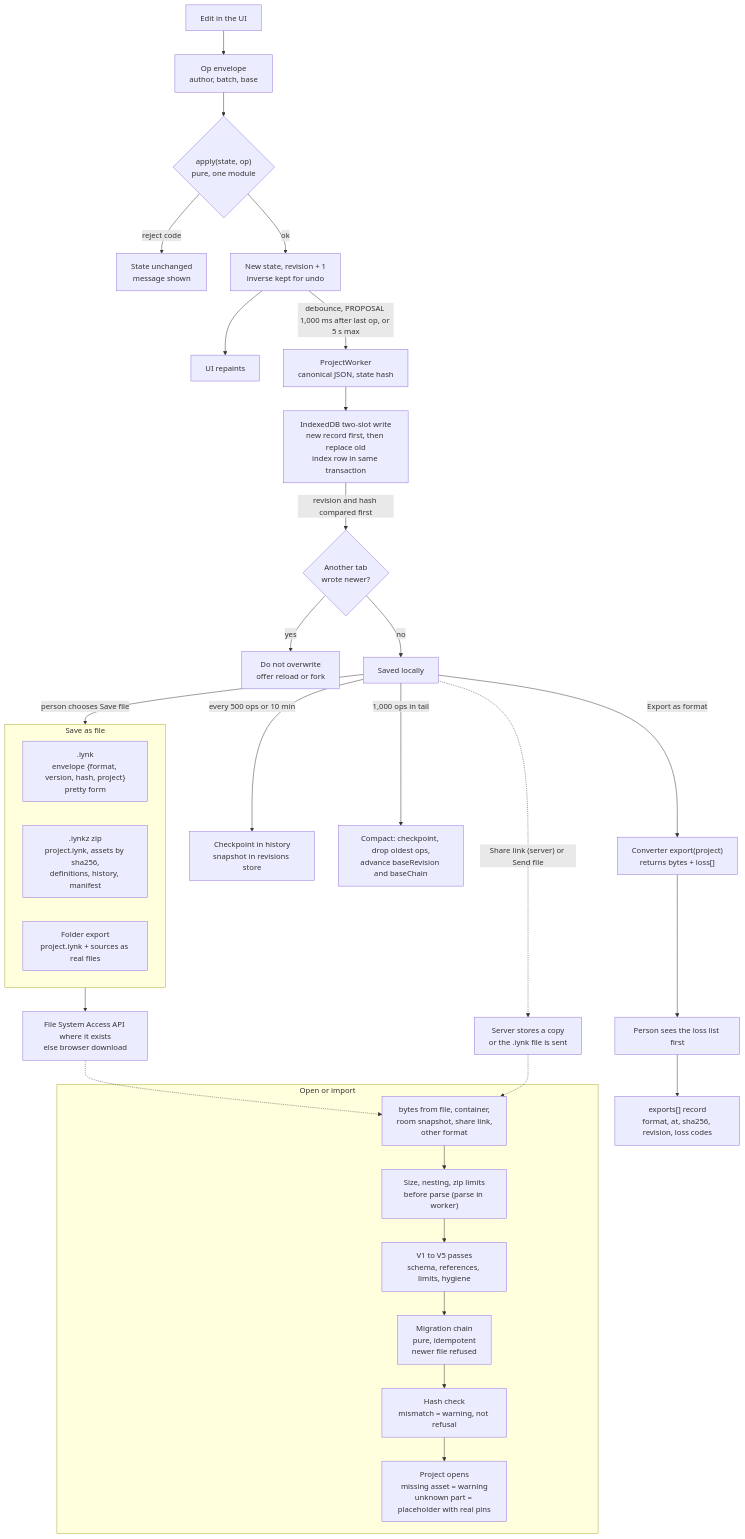
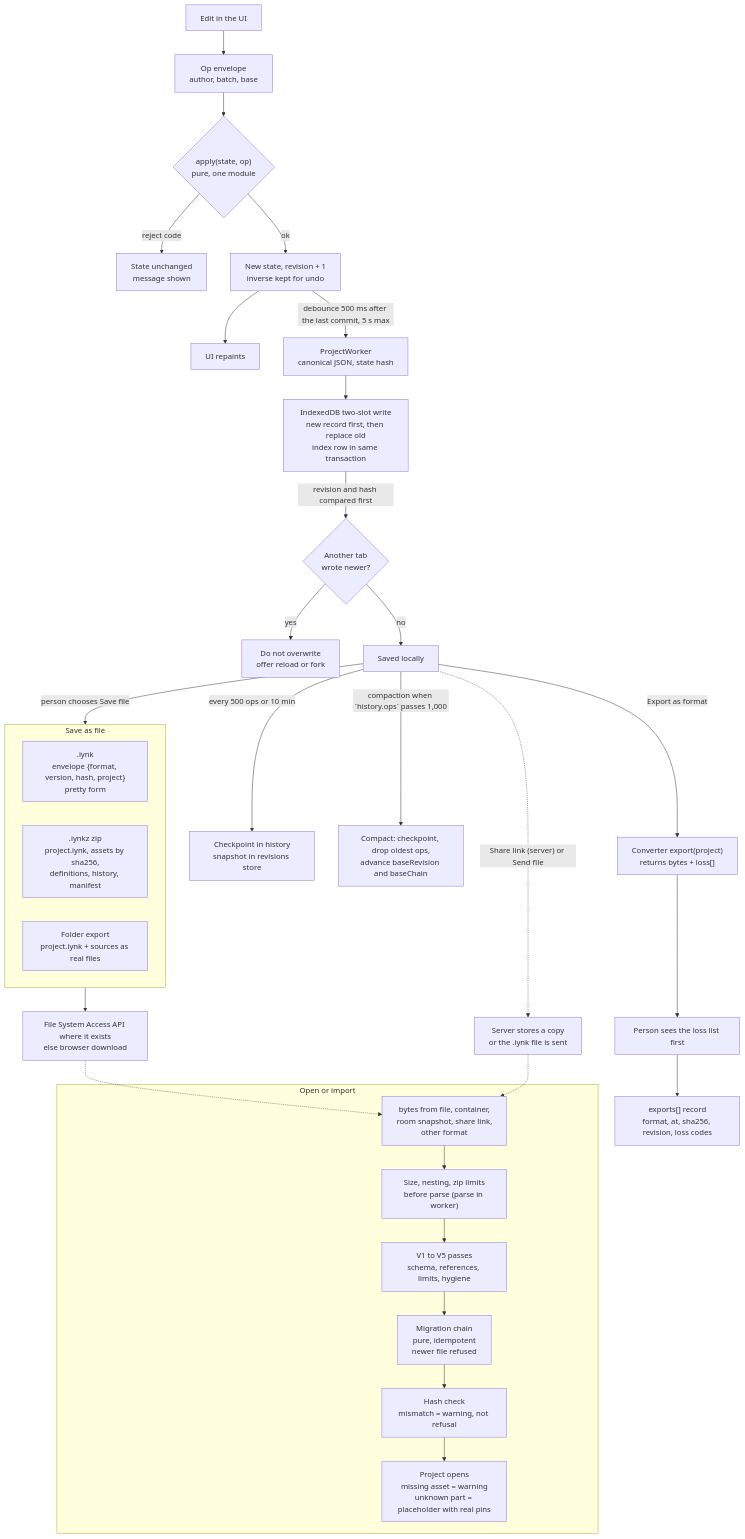
Before and after one commit to kushwahaamar-dev/iynk: diagram 13 of 16 in docs/MASTER_PLAN/04_ARCHITECTURE/SYSTEM_DIAGRAMS.md, drawn with Mermaid. The commit also changed other lines of this file and 104 other files, not shown here.

````diff
--- a/docs/MASTER_PLAN/04_ARCHITECTURE/SYSTEM_DIAGRAMS.md
+++ b/docs/MASTER_PLAN/04_ARCHITECTURE/SYSTEM_DIAGRAMS.md
@@ -709,35 +709,35 @@
 ```mermaid
 flowchart TB
   edit["Edit in the UI"] --> op["Op envelope<br/>author, batch, base"]
   op --> apply{"apply(state, op)<br/>pure, one module"}
   apply -->|"reject code"| keep["State unchanged<br/>message shown"]
   apply -->|"ok"| state["New state, revision + 1<br/>inverse kept for undo"]
   state --> ui["UI repaints"]
-  state -->|"debounce, PROPOSAL 1,000 ms after last op, or 5 s max"| pw["ProjectWorker<br/>canonical JSON, state hash"]
+  state -->|"debounce 500 ms after the last commit, 5 s max"| pw["ProjectWorker<br/>canonical JSON, state hash"]
   pw --> slot["IndexedDB two-slot write<br/>new record first, then replace old<br/>index row in same transaction"]
   slot -->|"revision and hash compared first"| tab{"Another tab<br/>wrote newer?"}
   tab -->|"yes"| conflict["Do not overwrite<br/>offer reload or fork"]
   tab -->|"no"| saved["Saved locally"]
   saved -->|"every 500 ops or 10 min"| cp["Checkpoint in history<br/>snapshot in revisions store"]
-  saved -->|"1,000 ops in tail"| compact["Compact: checkpoint, drop oldest ops,<br/>advance baseRevision and baseChain"]
+  saved -->|"compaction when `history.ops` passes 1,000"| compact["Compact: checkpoint, drop oldest ops,<br/>advance baseRevision and baseChain"]
   saved -->|"person chooses Save file"| fileout
   subgraph fileout["Save as file"]
     iynk[".iynk<br/>envelope {format, version, hash, project}<br/>pretty form"]
     iynkz[".iynkz zip<br/>project.iynk, assets by sha256,<br/>definitions, history, manifest"]
     folder["Folder export<br/>project.iynk + sources as real files"]
   end
   fileout --> fsa["File System Access API where it exists<br/>else browser download"]
   saved -->|"Export as format"| conv["Converter export(project)<br/>returns bytes + loss[]"]
   conv --> lossui["Person sees the loss list first"]
   lossui --> rec["exports[] record<br/>format, at, sha256, revision, loss codes"]
   saved -.->|"Share link (server) or Send file"| share["Server stores a copy<br/>or the .iynk file is sent"]
   subgraph load["Open or import"]
     in1["bytes from file, container,<br/>room snapshot, share link,<br/>other format"] --> lim["Size, nesting, zip limits<br/>before parse (parse in worker)"]
     lim --> v["V1 to V5 passes<br/>schema, references, limits, hygiene"]
     v --> mig["Migration chain<br/>pure, idempotent<br/>newer file refused"]
     mig --> v2["Hash check<br/>mismatch = warning, not refusal"]
     v2 --> open["Project opens<br/>missing asset = warning<br/>unknown part = placeholder with real pins"]
   end
   fsa -.-> in1
   share -.-> in1
 ```
````
